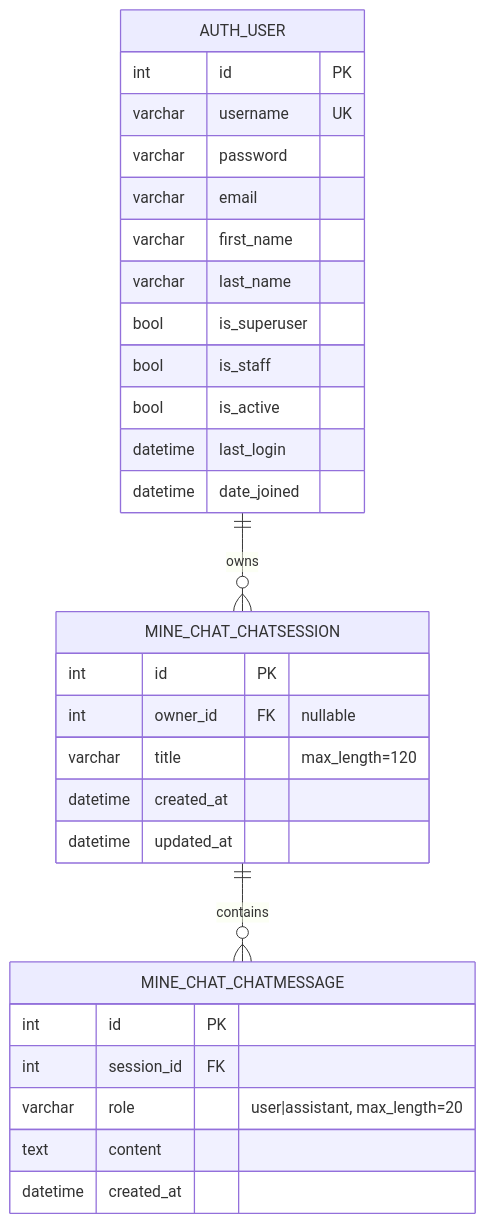
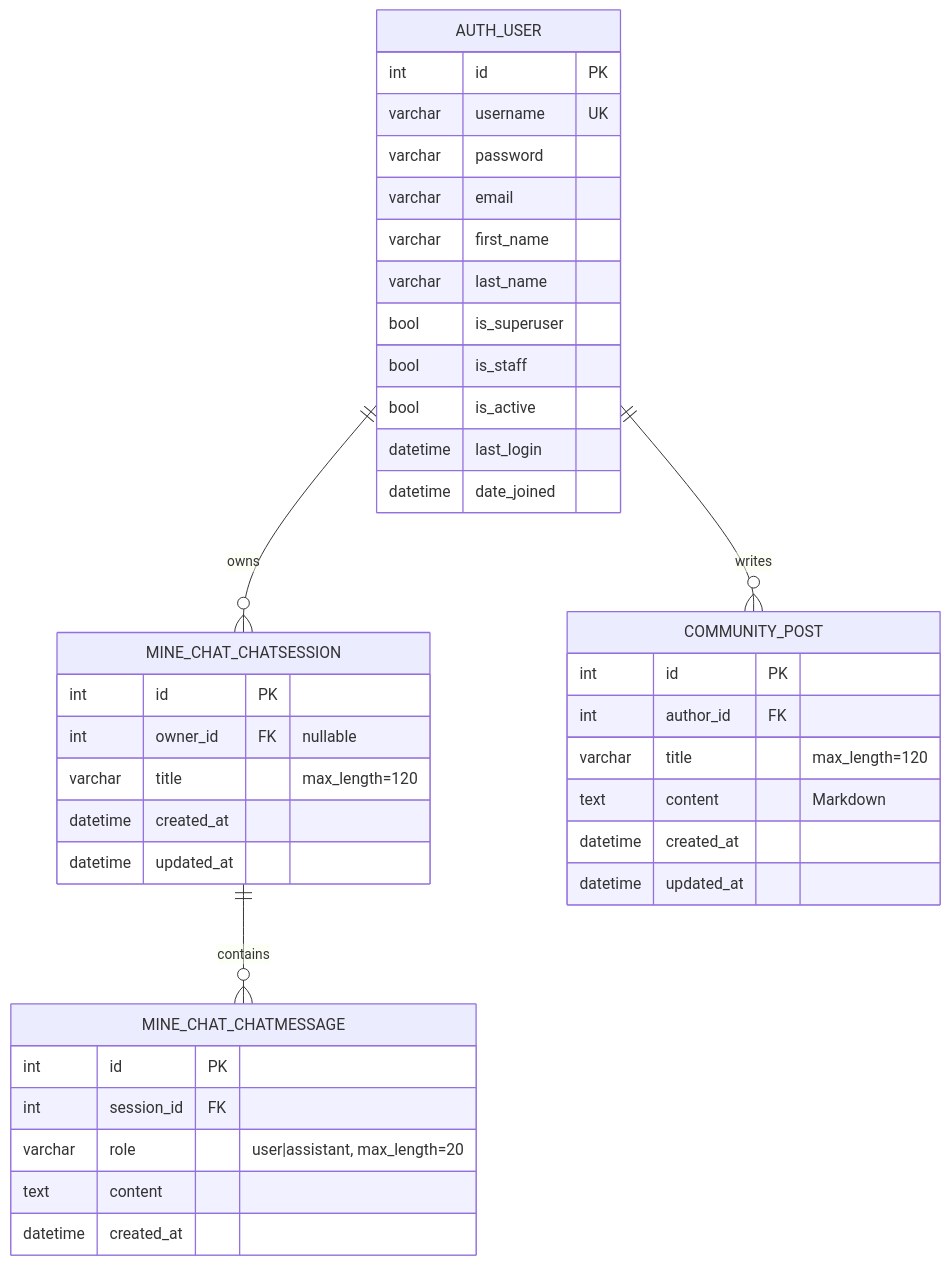
Before and after one commit to doyeon789/mine-tuning-web: the first of 2 diagrams in docs/ERD.md, drawn with Mermaid. The commit also changed other lines of this file, not shown here.

Commit message:
docs: community erd 문서 수정

````diff
--- a/docs/ERD.md
+++ b/docs/ERD.md
@@ -7,35 +7,45 @@
-```mermaid
+~~~mermaid
 erDiagram
     AUTH_USER ||--o{ MINE_CHAT_CHATSESSION : owns
     MINE_CHAT_CHATSESSION ||--o{ MINE_CHAT_CHATMESSAGE : contains
+    AUTH_USER ||--o{ COMMUNITY_POST : writes
 
     AUTH_USER {
         int id PK
         varchar username UK
         varchar password
         varchar email
         varchar first_name
         varchar last_name
         bool is_superuser
         bool is_staff
         bool is_active
         datetime last_login
         datetime date_joined
     }
 
     MINE_CHAT_CHATSESSION {
         int id PK
         int owner_id FK "nullable"
         varchar title "max_length=120"
         datetime created_at
         datetime updated_at
     }
 
     MINE_CHAT_CHATMESSAGE {
         int id PK
         int session_id FK
         varchar role "user|assistant, max_length=20"
         text content
         datetime created_at
     }
-```
+
+    COMMUNITY_POST {
+        int id PK
+        int author_id FK
+        varchar title "max_length=120"
+        text content "Markdown"
+        datetime created_at
+        datetime updated_at
+    }
+~~~
````
